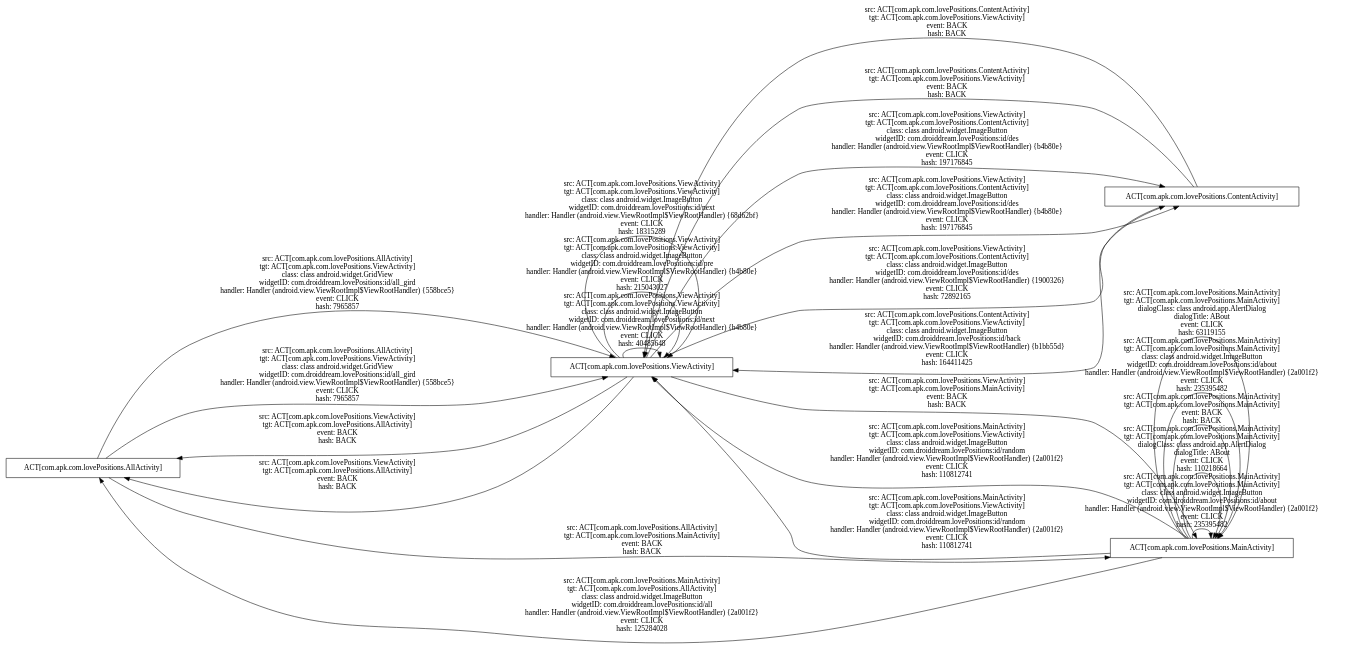
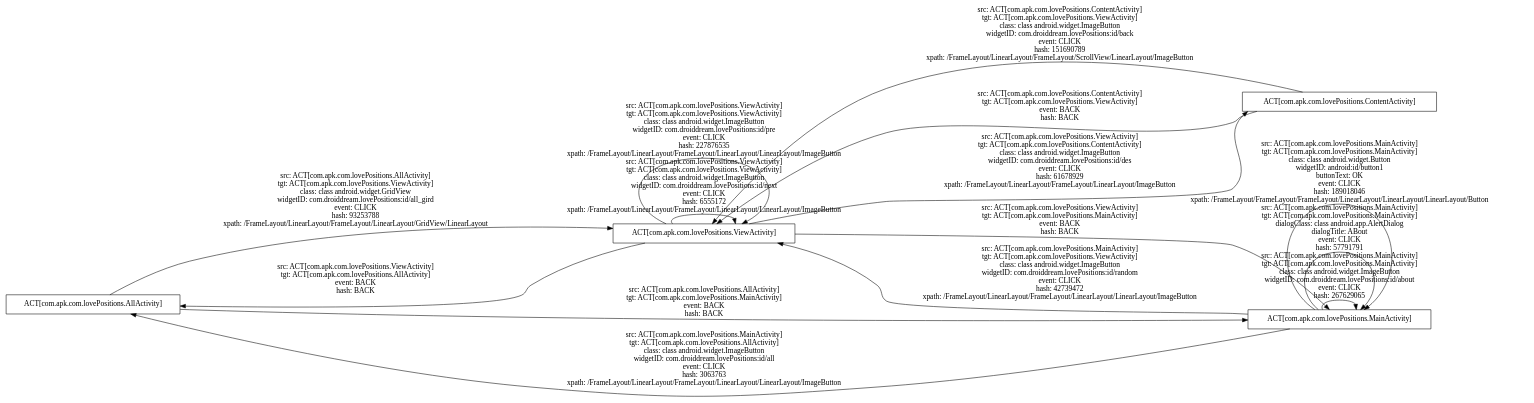
Before and after one commit to HanlinW/XposedConnection: the diagram in result/groundDOT/com.droiddream.lovePositions.dot, drawn with Graphviz. The commit also changed 80 other files, not shown here.

```diff
--- a/result/groundDOT/com.droiddream.lovePositions.dot
+++ b/result/groundDOT/com.droiddream.lovePositions.dot
@@ -1,31 +1,22 @@
 digraph G {
  rankdir=LR;
  node[shape=box];
 n1 [label="ACT[com.apk.com.lovePositions.AllActivity]"];
 n2 [label="ACT[com.apk.com.lovePositions.ViewActivity]"];
 n0 [label="ACT[com.apk.com.lovePositions.MainActivity]"];
 n3 [label="ACT[com.apk.com.lovePositions.ContentActivity]"];
-n0 -> n1 [label="src: ACT[com.apk.com.lovePositions.MainActivity]\ntgt: ACT[com.apk.com.lovePositions.AllActivity]\nclass: class android.widget.ImageButton \nwidgetID: com.droiddream.lovePositions:id/all \nhandler: Handler (android.view.ViewRootImpl$ViewRootHandler) {2a001f2} \nevent: CLICK \nhash: 125284028 "];
-n1 -> n2 [label="src: ACT[com.apk.com.lovePositions.AllActivity]\ntgt: ACT[com.apk.com.lovePositions.ViewActivity]\nclass: class android.widget.GridView \nwidgetID: com.droiddream.lovePositions:id/all_gird \nhandler: Handler (android.view.ViewRootImpl$ViewRootHandler) {558bce5} \nevent: CLICK \nhash: 7965857 "];
-n2 -> n3 [label="src: ACT[com.apk.com.lovePositions.ViewActivity]\ntgt: ACT[com.apk.com.lovePositions.ContentActivity]\nclass: class android.widget.ImageButton \nwidgetID: com.droiddream.lovePositions:id/des \nhandler: Handler (android.view.ViewRootImpl$ViewRootHandler) {b4b80e} \nevent: CLICK \nhash: 197176845 "];
-n3 -> n2 [label="src: ACT[com.apk.com.lovePositions.ContentActivity]\ntgt: ACT[com.apk.com.lovePositions.ViewActivity]\nclass: class android.widget.ImageButton \nwidgetID: com.droiddream.lovePositions:id/back \nhandler: Handler (android.view.ViewRootImpl$ViewRootHandler) {b1bb55d} \nevent: CLICK \nhash: 164411425 "];
-n2 -> n3 [label="src: ACT[com.apk.com.lovePositions.ViewActivity]\ntgt: ACT[com.apk.com.lovePositions.ContentActivity]\nclass: class android.widget.ImageButton \nwidgetID: com.droiddream.lovePositions:id/des \nhandler: Handler (android.view.ViewRootImpl$ViewRootHandler) {b4b80e} \nevent: CLICK \nhash: 197176845 "];
+n0 -> n1 [label="src: ACT[com.apk.com.lovePositions.MainActivity]\ntgt: ACT[com.apk.com.lovePositions.AllActivity]\nclass: class android.widget.ImageButton \nwidgetID: com.droiddream.lovePositions:id/all \nevent: CLICK \nhash: 3063763 \nxpath: /FrameLayout/LinearLayout/FrameLayout/LinearLayout/LinearLayout/ImageButton "];
+n1 -> n2 [label="src: ACT[com.apk.com.lovePositions.AllActivity]\ntgt: ACT[com.apk.com.lovePositions.ViewActivity]\nclass: class android.widget.GridView \nwidgetID: com.droiddream.lovePositions:id/all_gird \nevent: CLICK \nhash: 93253788 \nxpath: /FrameLayout/LinearLayout/FrameLayout/LinearLayout/GridView/LinearLayout "];
+n2 -> n3 [label="src: ACT[com.apk.com.lovePositions.ViewActivity]\ntgt: ACT[com.apk.com.lovePositions.ContentActivity]\nclass: class android.widget.ImageButton \nwidgetID: com.droiddream.lovePositions:id/des \nevent: CLICK \nhash: 61678929 \nxpath: /FrameLayout/LinearLayout/FrameLayout/LinearLayout/ImageButton "];
+n3 -> n2 [label="src: ACT[com.apk.com.lovePositions.ContentActivity]\ntgt: ACT[com.apk.com.lovePositions.ViewActivity]\nclass: class android.widget.ImageButton \nwidgetID: com.droiddream.lovePositions:id/back \nevent: CLICK \nhash: 151690789 \nxpath: /FrameLayout/LinearLayout/FrameLayout/ScrollView/LinearLayout/ImageButton "];
 n3 -> n2 [label="src: ACT[com.apk.com.lovePositions.ContentActivity]\ntgt: ACT[com.apk.com.lovePositions.ViewActivity]\nevent: BACK \nhash: BACK "];
-n2 -> n2 [label="src: ACT[com.apk.com.lovePositions.ViewActivity]\ntgt: ACT[com.apk.com.lovePositions.ViewActivity]\nclass: class android.widget.ImageButton \nwidgetID: com.droiddream.lovePositions:id/next \nhandler: Handler (android.view.ViewRootImpl$ViewRootHandler) {b4b80e} \nevent: CLICK \nhash: 40485648 "];
-n2 -> n2 [label="src: ACT[com.apk.com.lovePositions.ViewActivity]\ntgt: ACT[com.apk.com.lovePositions.ViewActivity]\nclass: class android.widget.ImageButton \nwidgetID: com.droiddream.lovePositions:id/pre \nhandler: Handler (android.view.ViewRootImpl$ViewRootHandler) {b4b80e} \nevent: CLICK \nhash: 215043027 "];
-n2 -> n1 [label="src: ACT[com.apk.com.lovePositions.ViewActivity]\ntgt: ACT[com.apk.com.lovePositions.AllActivity]\nevent: BACK \nhash: BACK "];
-n1 -> n2 [label="src: ACT[com.apk.com.lovePositions.AllActivity]\ntgt: ACT[com.apk.com.lovePositions.ViewActivity]\nclass: class android.widget.GridView \nwidgetID: com.droiddream.lovePositions:id/all_gird \nhandler: Handler (android.view.ViewRootImpl$ViewRootHandler) {558bce5} \nevent: CLICK \nhash: 7965857 "];
+n2 -> n2 [label="src: ACT[com.apk.com.lovePositions.ViewActivity]\ntgt: ACT[com.apk.com.lovePositions.ViewActivity]\nclass: class android.widget.ImageButton \nwidgetID: com.droiddream.lovePositions:id/next \nevent: CLICK \nhash: 6555172 \nxpath: /FrameLayout/LinearLayout/FrameLayout/LinearLayout/LinearLayout/ImageButton "];
+n2 -> n2 [label="src: ACT[com.apk.com.lovePositions.ViewActivity]\ntgt: ACT[com.apk.com.lovePositions.ViewActivity]\nclass: class android.widget.ImageButton \nwidgetID: com.droiddream.lovePositions:id/pre \nevent: CLICK \nhash: 227876535 \nxpath: /FrameLayout/LinearLayout/FrameLayout/LinearLayout/LinearLayout/ImageButton "];
 n2 -> n1 [label="src: ACT[com.apk.com.lovePositions.ViewActivity]\ntgt: ACT[com.apk.com.lovePositions.AllActivity]\nevent: BACK \nhash: BACK "];
 n1 -> n0 [label="src: ACT[com.apk.com.lovePositions.AllActivity]\ntgt: ACT[com.apk.com.lovePositions.MainActivity]\nevent: BACK \nhash: BACK "];
-n0 -> n2 [label="src: ACT[com.apk.com.lovePositions.MainActivity]\ntgt: ACT[com.apk.com.lovePositions.ViewActivity]\nclass: class android.widget.ImageButton \nwidgetID: com.droiddream.lovePositions:id/random \nhandler: Handler (android.view.ViewRootImpl$ViewRootHandler) {2a001f2} \nevent: CLICK \nhash: 110812741 "];
-n2 -> n2 [label="src: ACT[com.apk.com.lovePositions.ViewActivity]\ntgt: ACT[com.apk.com.lovePositions.ViewActivity]\nclass: class android.widget.ImageButton \nwidgetID: com.droiddream.lovePositions:id/next \nhandler: Handler (android.view.ViewRootImpl$ViewRootHandler) {68d62bf} \nevent: CLICK \nhash: 18315289 "];
+n0 -> n2 [label="src: ACT[com.apk.com.lovePositions.MainActivity]\ntgt: ACT[com.apk.com.lovePositions.ViewActivity]\nclass: class android.widget.ImageButton \nwidgetID: com.droiddream.lovePositions:id/random \nevent: CLICK \nhash: 42739472 \nxpath: /FrameLayout/LinearLayout/FrameLayout/LinearLayout/LinearLayout/ImageButton "];
 n2 -> n0 [label="src: ACT[com.apk.com.lovePositions.ViewActivity]\ntgt: ACT[com.apk.com.lovePositions.MainActivity]\nevent: BACK \nhash: BACK "];
-n0 -> n0 [label="src: ACT[com.apk.com.lovePositions.MainActivity]\ntgt: ACT[com.apk.com.lovePositions.MainActivity]\nclass: class android.widget.ImageButton \nwidgetID: com.droiddream.lovePositions:id/about \nhandler: Handler (android.view.ViewRootImpl$ViewRootHandler) {2a001f2} \nevent: CLICK \nhash: 235395482 "];
-n0 -> n0 [label="src: ACT[com.apk.com.lovePositions.MainActivity]\ntgt: ACT[com.apk.com.lovePositions.MainActivity]\ndialogClass: class android.app.AlertDialog \ndialogTitle: ABout \nevent: CLICK \nhash: 110218664 "];
-n0 -> n0 [label="src: ACT[com.apk.com.lovePositions.MainActivity]\ntgt: ACT[com.apk.com.lovePositions.MainActivity]\nevent: BACK \nhash: BACK "];
-n0 -> n0 [label="src: ACT[com.apk.com.lovePositions.MainActivity]\ntgt: ACT[com.apk.com.lovePositions.MainActivity]\nclass: class android.widget.ImageButton \nwidgetID: com.droiddream.lovePositions:id/about \nhandler: Handler (android.view.ViewRootImpl$ViewRootHandler) {2a001f2} \nevent: CLICK \nhash: 235395482 "];
-n0 -> n0 [label="src: ACT[com.apk.com.lovePositions.MainActivity]\ntgt: ACT[com.apk.com.lovePositions.MainActivity]\ndialogClass: class android.app.AlertDialog \ndialogTitle: ABout \nevent: CLICK \nhash: 63119155 "];
-n0 -> n2 [label="src: ACT[com.apk.com.lovePositions.MainActivity]\ntgt: ACT[com.apk.com.lovePositions.ViewActivity]\nclass: class android.widget.ImageButton \nwidgetID: com.droiddream.lovePositions:id/random \nhandler: Handler (android.view.ViewRootImpl$ViewRootHandler) {2a001f2} \nevent: CLICK \nhash: 110812741 "];
-n2 -> n3 [label="src: ACT[com.apk.com.lovePositions.ViewActivity]\ntgt: ACT[com.apk.com.lovePositions.ContentActivity]\nclass: class android.widget.ImageButton \nwidgetID: com.droiddream.lovePositions:id/des \nhandler: Handler (android.view.ViewRootImpl$ViewRootHandler) {1900326} \nevent: CLICK \nhash: 72892165 "];
-n3 -> n2 [label="src: ACT[com.apk.com.lovePositions.ContentActivity]\ntgt: ACT[com.apk.com.lovePositions.ViewActivity]\nevent: BACK \nhash: BACK "];
+n0 -> n0 [label="src: ACT[com.apk.com.lovePositions.MainActivity]\ntgt: ACT[com.apk.com.lovePositions.MainActivity]\nclass: class android.widget.ImageButton \nwidgetID: com.droiddream.lovePositions:id/about \nevent: CLICK \nhash: 267629065 "];
+n0 -> n0 [label="src: ACT[com.apk.com.lovePositions.MainActivity]\ntgt: ACT[com.apk.com.lovePositions.MainActivity]\ndialogClass: class android.app.AlertDialog \ndialogTitle: ABout \nevent: CLICK \nhash: 57791791 "];
+n0 -> n0 [label="src: ACT[com.apk.com.lovePositions.MainActivity]\ntgt: ACT[com.apk.com.lovePositions.MainActivity]\nclass: class android.widget.Button \nwidgetID: android:id/button1 \nbuttonText: OK \nevent: CLICK \nhash: 189018046 \nxpath: /FrameLayout/FrameLayout/FrameLayout/LinearLayout/LinearLayout/LinearLayout/Button "];
 }
```
